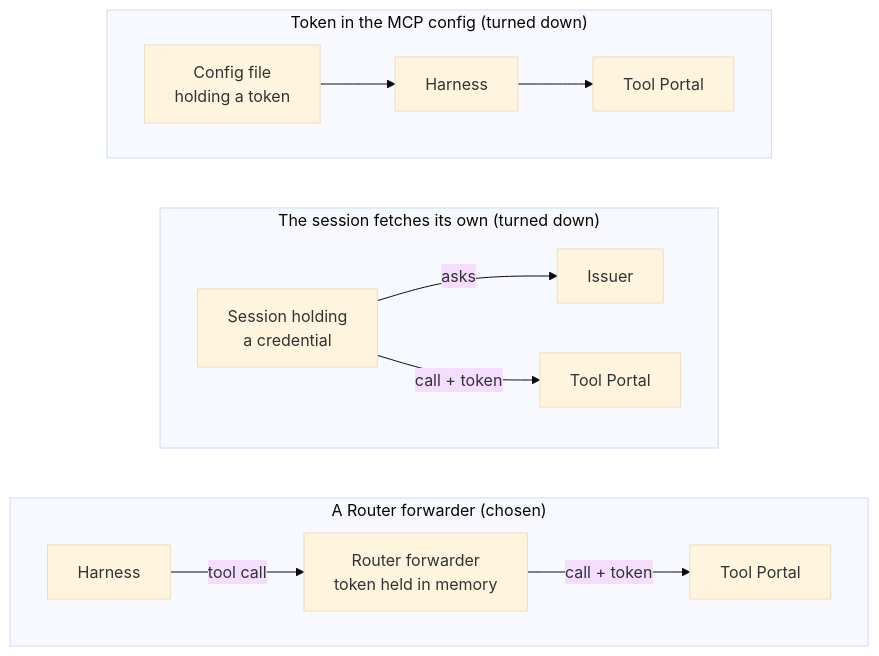
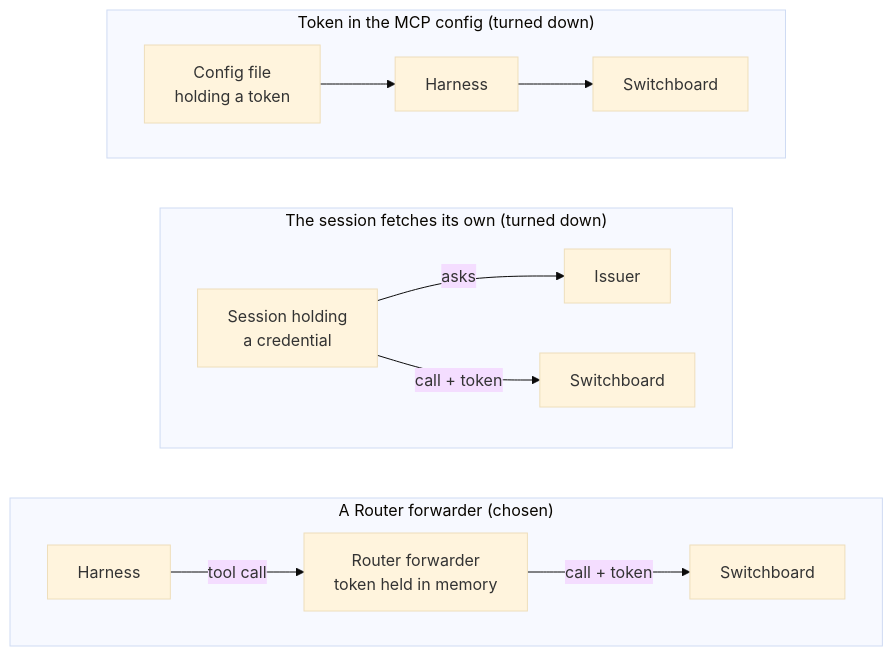
One commit to ShravanSunder/agent-vm changed the seventh of 16 diagrams in docs/specs/2026-10-24-agent-identity/alternatives.md. Above: the diagram before and after it, drawn with Mermaid (base theme). The commit also changed other lines of this file and 61 other files, not shown here.

Commit message:
OD12 decided (owner, 2026-10-28): the Tool Portal is named Switchboard across the current design sets and pages; code spans, quotes and older documents unchanged; renamed heading anchors and an old remediation link repaired

````diff
--- a/docs/specs/2026-10-24-agent-identity/alternatives.md
+++ b/docs/specs/2026-10-24-agent-identity/alternatives.md
@@ -221,17 +221,17 @@
 ```mermaid
 flowchart TB
   subgraph CF["Token in the MCP config (turned down)"]
     direction LR
-    CF1["Config file<br/>holding a token"] --> CF2["Harness"] --> CF3["Tool Portal"]
+    CF1["Config file<br/>holding a token"] --> CF2["Harness"] --> CF3["Switchboard"]
   end
   subgraph SF["The session fetches its own (turned down)"]
     direction LR
     SF1["Session holding<br/>a credential"] -- asks --> SF2["Issuer"]
-    SF1 -- call + token --> SF3["Tool Portal"]
+    SF1 -- call + token --> SF3["Switchboard"]
   end
   subgraph FW["A Router forwarder (chosen)"]
     direction LR
-    FW1["Harness"] -- tool call --> FW2["Router forwarder<br/>token held in memory"] -- call + token --> FW3["Tool Portal"]
+    FW1["Harness"] -- tool call --> FW2["Router forwarder<br/>token held in memory"] -- call + token --> FW3["Switchboard"]
   end
   CF ~~~ SF ~~~ FW
 ```
````
